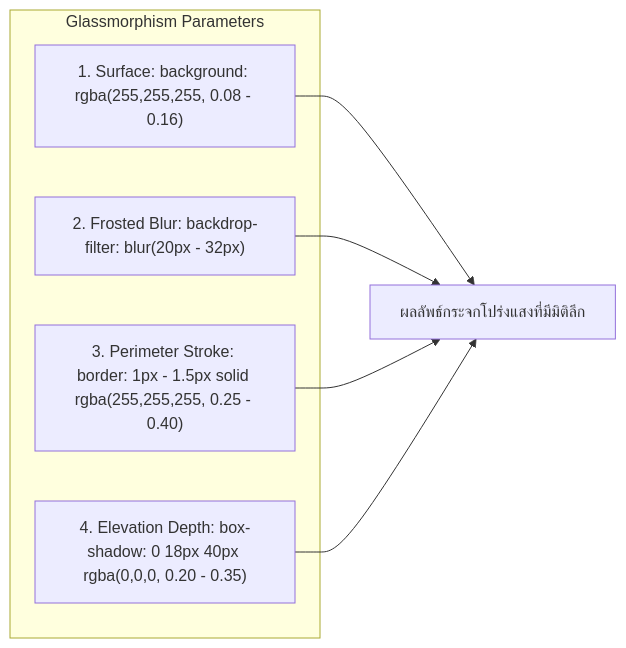
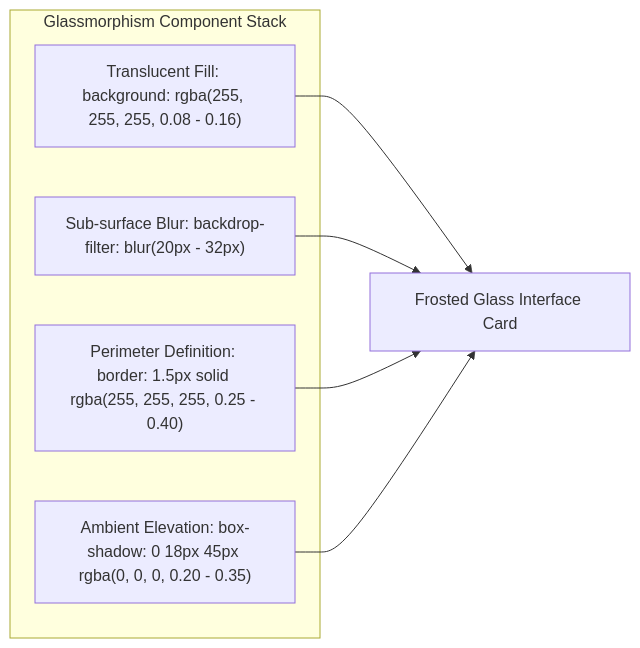
The fourth of 6 diagrams in RUBII_CORE_ARCHITECTURE_AND_CSS_ENGINEERING.md (jadesolju/Snippet-Studio), drawn with Mermaid before and after one commit. The commit also changed other lines of this file and 2 other files, not shown here.

Commit message:
docs: standardize all Mermaid diagrams to English with Thai workflow blockquotes and zero emojis

````diff
--- a/RUBII_CORE_ARCHITECTURE_AND_CSS_ENGINEERING.md
+++ b/RUBII_CORE_ARCHITECTURE_AND_CSS_ENGINEERING.md
@@ -195,11 +212,11 @@
 ```mermaid
 flowchart LR
-    subgraph Spec["Glassmorphism Parameters"]
-        P1["1. Surface: background: rgba(255,255,255, 0.08 - 0.16)"]
-        P2["2. Frosted Blur: backdrop-filter: blur(20px - 32px)"]
-        P3["3. Perimeter Stroke: border: 1px - 1.5px solid rgba(255,255,255, 0.25 - 0.40)"]
-        P4["4. Elevation Depth: box-shadow: 0 18px 40px rgba(0,0,0, 0.20 - 0.35)"]
+    subgraph GlassStack["Glassmorphism Component Stack"]
+        C1["Translucent Fill: background: rgba(255, 255, 255, 0.08 - 0.16)"]
+        C2["Sub-surface Blur: backdrop-filter: blur(20px - 32px)"]
+        C3["Perimeter Definition: border: 1.5px solid rgba(255, 255, 255, 0.25 - 0.40)"]
+        C4["Ambient Elevation: box-shadow: 0 18px 45px rgba(0, 0, 0, 0.20 - 0.35)"]
     end
 
-    P1 & P2 & P3 & P4 --> GlassResult["ผลลัพธ์กระจกโปร่งแสงที่มีมิติลึก"]
+    C1 & C2 & C3 & C4 --> OutputCard["Frosted Glass Interface Card"]
 ```
````
